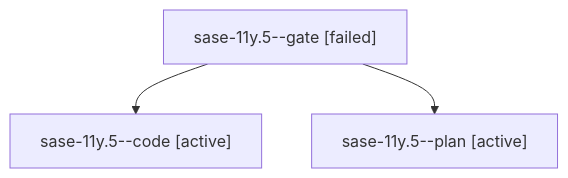
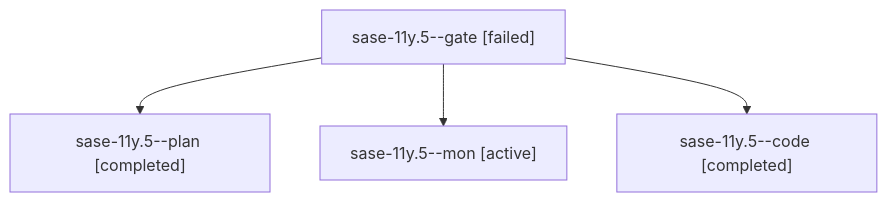
One commit to sase-org/sase--agents changed the diagram in families/bbugyi200.athena.sase-11y.5.md. Above: the diagram before and after it, drawn with Mermaid. The commit also changed other lines of this file and 676 other files, not shown here.

````diff
--- a/families/bbugyi200.athena.sase-11y.5.md
+++ b/families/bbugyi200.athena.sase-11y.5.md
@@ -9,8 +9,10 @@
 ```mermaid
 flowchart TD
   n0["sase-11y.5--gate [failed]"]
-  n1["sase-11y.5--code [active]"]
+  n1["sase-11y.5--plan [completed]"]
   n0 --> n1
-  n2["sase-11y.5--plan [active]"]
+  n2["sase-11y.5--mon [active]"]
   n0 --> n2
+  n3["sase-11y.5--code [completed]"]
+  n0 --> n3
 ```
````
